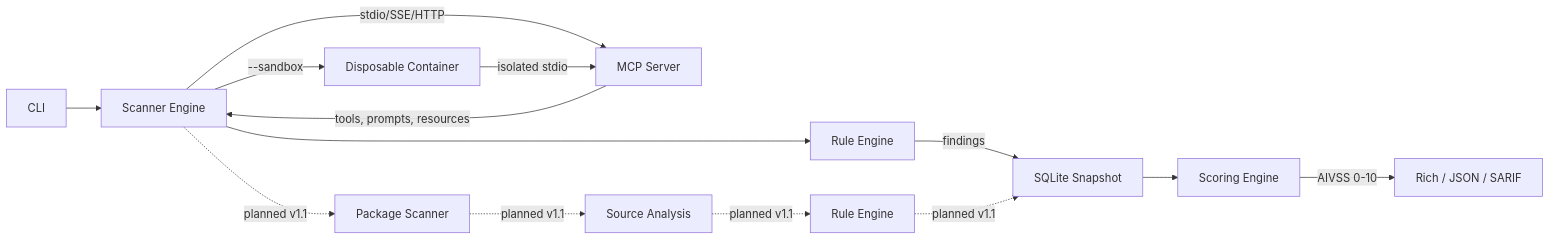
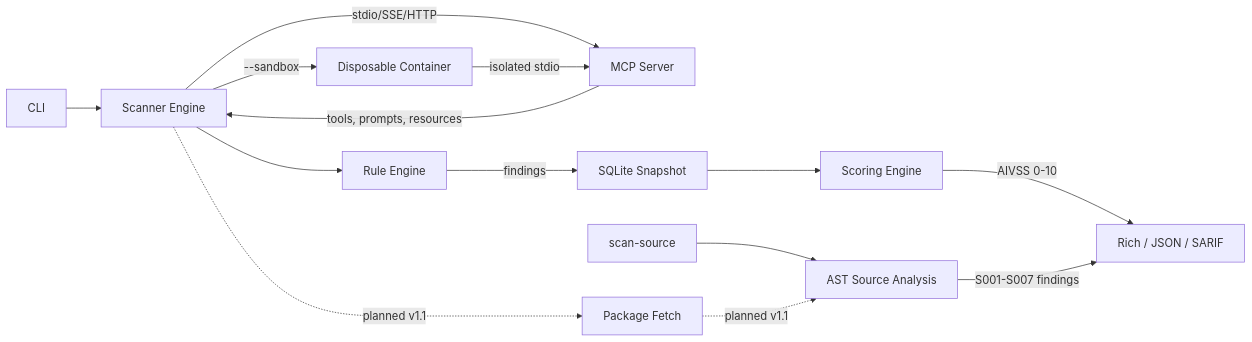
One commit to yatuk/mcpradar changed the diagram in README.md. Above: the diagram before and after it, drawn with Mermaid. The commit also changed other lines of this file and 5 other files, not shown here.

````diff
--- a/README.md
+++ b/README.md
@@ -130,16 +131,16 @@
 ```mermaid
 graph LR
     A[CLI] --> B[Scanner Engine]
     B -->|stdio/SSE/HTTP| C[MCP Server]
     C -->|tools, prompts, resources| B
     B --> D[Rule Engine]
     D -->|findings| E[SQLite Snapshot]
     E --> F[Scoring Engine]
     F -->|AIVSS 0-10| G[Rich / JSON / SARIF]
     B -->|--sandbox| H[Disposable Container]
     H -->|isolated stdio| C
-    B -.->|planned v1.1| P[Package Scanner]
-    P -.->|planned v1.1| S[Source Analysis]
-    S -.->|planned v1.1| D2[Rule Engine]
-    D2 -.->|planned v1.1| E
+    A2[scan-source] --> S[AST Source Analysis]
+    S -->|S001-S007 findings| G
+    B -.->|planned v1.1| P[Package Fetch]
+    P -.->|planned v1.1| S
 ```
````
